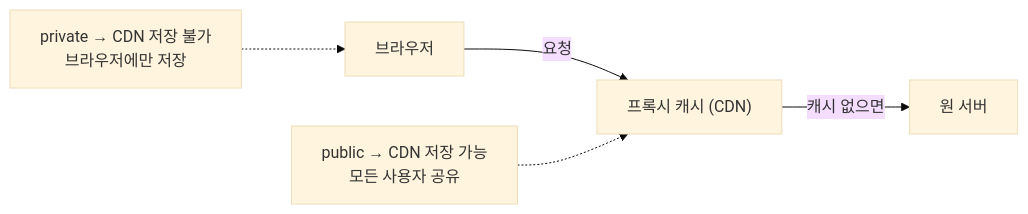
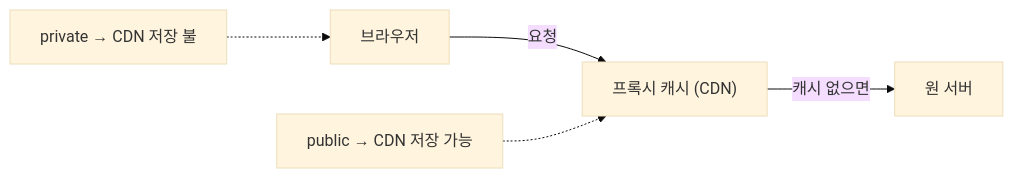
Before and after one commit to yjkim2015/yjkim2015.github.io: the fifth of 6 diagrams in _posts/http/2021-04-25-http-11.md, drawn with Mermaid (base theme). The commit also changed other lines of this file and 271 other files, not shown here.

First line of the commit message:
Mermaid 라벨 축소: 긴 노드 텍스트 18자 이하로 트림 + \n 제거

````diff
--- a/_posts/http/2021-04-25-http-11.md
+++ b/_posts/http/2021-04-25-http-11.md
@@ -187,7 +187,7 @@
 ```mermaid
 graph LR
     A["브라우저"] -->|"요청"| B["프록시 캐시 (CDN)"]
     B -->|"캐시 없으면"| C["원 서버"]
-    D["public → CDN 저장 가능\n모든 사용자 공유"] -.-> B
-    E["private → CDN 저장 불가\n브라우저에만 저장"] -.-> A
+    D["public → CDN 저장 가능"] -.-> B
+    E["private → CDN 저장 불"] -.-> A
 ```
````
